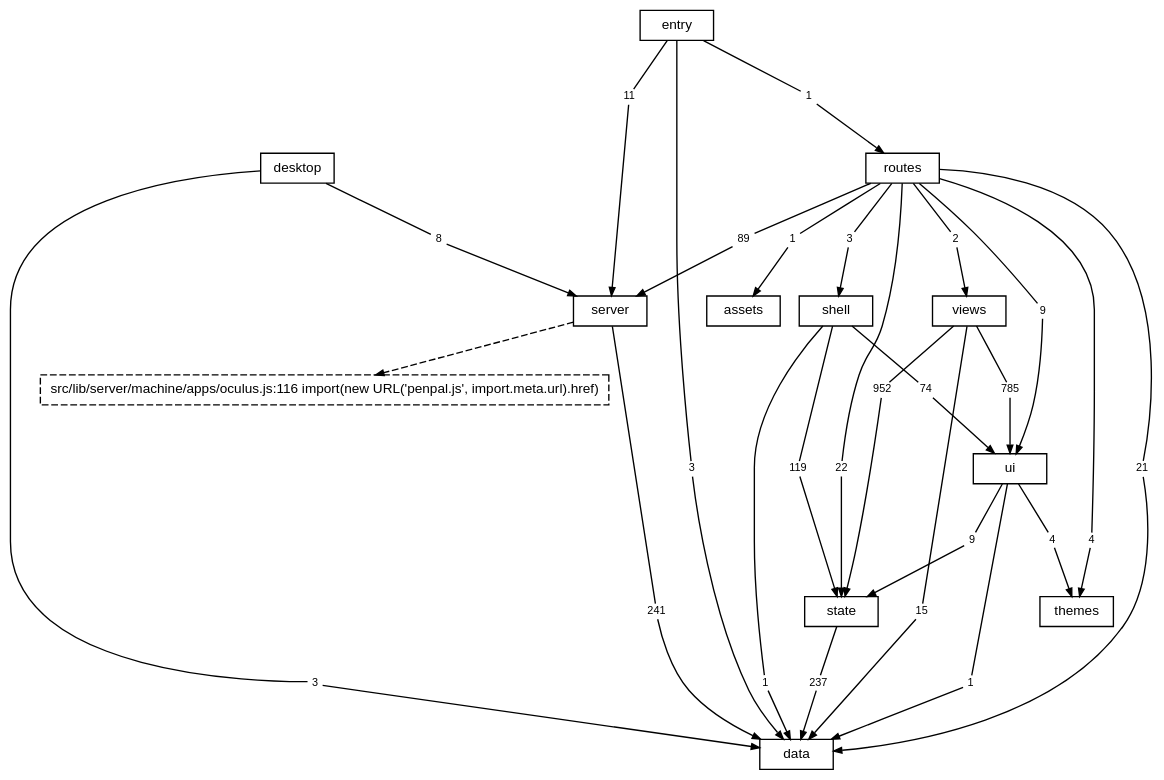
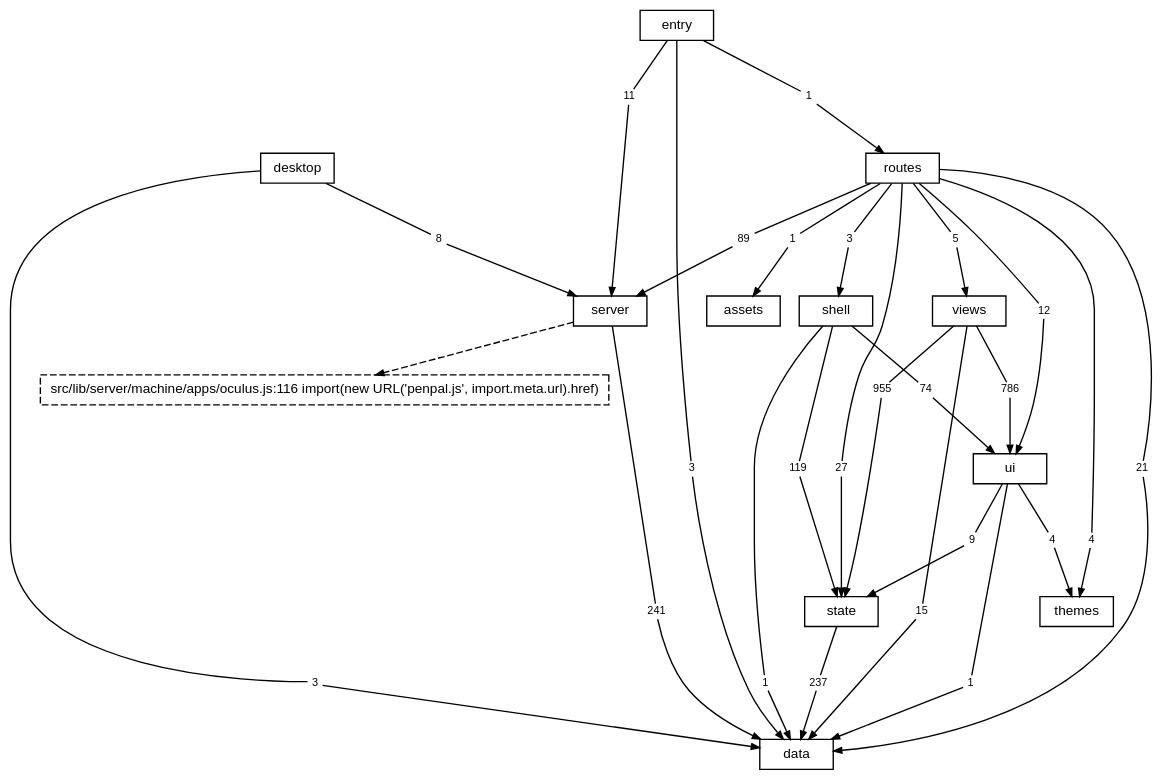
The diagram in docs/diagrams/layers.dot (TheAxeC/oculus), drawn with Graphviz before and after one commit. The commit also changed 37 other files, not shown here.

```diff
--- a/docs/diagrams/layers.dot
+++ b/docs/diagrams/layers.dot
@@ -1,90 +1,90 @@
 digraph layers {
     graph [bgcolor="transparent", rankdir=TB, newrank=true, fontname="Helvetica,Arial,sans-serif", fontsize=12, nodesep=0.2, ranksep=0.5];
     node [shape=box, color="black", fontcolor="black", fontname="Helvetica,Arial,sans-serif", fontsize=10, height=0.3, margin="0.12,0.04"];
     edge [color="black", fontcolor="black", fontname="Helvetica,Arial,sans-serif", fontsize=8, arrowsize=0.6];
     "data";
     "server";
     "state";
     "ui";
     "shell";
     "views";
     "themes";
     "routes";
     "desktop";
     "src" [label="entry"];
     "files: assets" [label="assets"];
     "? src/lib/server/machine/apps/oculus.js:116" [label="src/lib/server/machine/apps/oculus.js:116 import(new URL('penpal.js', import.meta.url).href)", style=dashed];
     "desktop to data" [label="3", shape=box, color="transparent", fontsize=8, width=0, height=0, margin="0.04,0.02"];
     "desktop" -> "desktop to data" [arrowhead=none];
     "desktop to data" -> "data" [];
     "desktop to server" [label="8", shape=box, color="transparent", fontsize=8, width=0, height=0, margin="0.04,0.02"];
     "desktop" -> "desktop to server" [arrowhead=none];
     "desktop to server" -> "server" [];
     "routes to data" [label="21", shape=box, color="transparent", fontsize=8, width=0, height=0, margin="0.04,0.02"];
     "routes" -> "routes to data" [arrowhead=none];
     "routes to data" -> "data" [];
     "routes to files: assets" [label="1", shape=box, color="transparent", fontsize=8, width=0, height=0, margin="0.04,0.02"];
     "routes" -> "routes to files: assets" [arrowhead=none];
     "routes to files: assets" -> "files: assets" [];
     "routes to server" [label="89", shape=box, color="transparent", fontsize=8, width=0, height=0, margin="0.04,0.02"];
     "routes" -> "routes to server" [arrowhead=none];
     "routes to server" -> "server" [];
     "routes to shell" [label="3", shape=box, color="transparent", fontsize=8, width=0, height=0, margin="0.04,0.02"];
     "routes" -> "routes to shell" [arrowhead=none];
     "routes to shell" -> "shell" [];
-    "routes to state" [label="22", shape=box, color="transparent", fontsize=8, width=0, height=0, margin="0.04,0.02"];
+    "routes to state" [label="27", shape=box, color="transparent", fontsize=8, width=0, height=0, margin="0.04,0.02"];
     "routes" -> "routes to state" [arrowhead=none];
     "routes to state" -> "state" [];
     "routes to themes" [label="4", shape=box, color="transparent", fontsize=8, width=0, height=0, margin="0.04,0.02"];
     "routes" -> "routes to themes" [arrowhead=none];
     "routes to themes" -> "themes" [];
-    "routes to ui" [label="9", shape=box, color="transparent", fontsize=8, width=0, height=0, margin="0.04,0.02"];
+    "routes to ui" [label="12", shape=box, color="transparent", fontsize=8, width=0, height=0, margin="0.04,0.02"];
     "routes" -> "routes to ui" [arrowhead=none];
     "routes to ui" -> "ui" [];
-    "routes to views" [label="2", shape=box, color="transparent", fontsize=8, width=0, height=0, margin="0.04,0.02"];
+    "routes to views" [label="5", shape=box, color="transparent", fontsize=8, width=0, height=0, margin="0.04,0.02"];
     "routes" -> "routes to views" [arrowhead=none];
     "routes to views" -> "views" [];
     "server to data" [label="241", shape=box, color="transparent", fontsize=8, width=0, height=0, margin="0.04,0.02"];
     "server" -> "server to data" [arrowhead=none];
     "server to data" -> "data" [];
     "shell to data" [label="1", shape=box, color="transparent", fontsize=8, width=0, height=0, margin="0.04,0.02"];
     "shell" -> "shell to data" [arrowhead=none];
     "shell to data" -> "data" [];
     "shell to state" [label="119", shape=box, color="transparent", fontsize=8, width=0, height=0, margin="0.04,0.02"];
     "shell" -> "shell to state" [arrowhead=none];
     "shell to state" -> "state" [];
     "shell to ui" [label="74", shape=box, color="transparent", fontsize=8, width=0, height=0, margin="0.04,0.02"];
     "shell" -> "shell to ui" [arrowhead=none];
     "shell to ui" -> "ui" [];
     "src to data" [label="3", shape=box, color="transparent", fontsize=8, width=0, height=0, margin="0.04,0.02"];
     "src" -> "src to data" [arrowhead=none];
     "src to data" -> "data" [];
     "src to routes" [label="1", shape=box, color="transparent", fontsize=8, width=0, height=0, margin="0.04,0.02"];
     "src" -> "src to routes" [arrowhead=none];
     "src to routes" -> "routes" [];
     "src to server" [label="11", shape=box, color="transparent", fontsize=8, width=0, height=0, margin="0.04,0.02"];
     "src" -> "src to server" [arrowhead=none];
     "src to server" -> "server" [];
     "state to data" [label="237", shape=box, color="transparent", fontsize=8, width=0, height=0, margin="0.04,0.02"];
     "state" -> "state to data" [arrowhead=none];
     "state to data" -> "data" [];
     "ui to data" [label="1", shape=box, color="transparent", fontsize=8, width=0, height=0, margin="0.04,0.02"];
     "ui" -> "ui to data" [arrowhead=none];
     "ui to data" -> "data" [];
     "ui to state" [label="9", shape=box, color="transparent", fontsize=8, width=0, height=0, margin="0.04,0.02"];
     "ui" -> "ui to state" [arrowhead=none];
     "ui to state" -> "state" [];
     "ui to themes" [label="4", shape=box, color="transparent", fontsize=8, width=0, height=0, margin="0.04,0.02"];
     "ui" -> "ui to themes" [arrowhead=none];
     "ui to themes" -> "themes" [];
     "views to data" [label="15", shape=box, color="transparent", fontsize=8, width=0, height=0, margin="0.04,0.02"];
     "views" -> "views to data" [arrowhead=none];
     "views to data" -> "data" [];
-    "views to state" [label="952", shape=box, color="transparent", fontsize=8, width=0, height=0, margin="0.04,0.02"];
+    "views to state" [label="955", shape=box, color="transparent", fontsize=8, width=0, height=0, margin="0.04,0.02"];
     "views" -> "views to state" [arrowhead=none];
     "views to state" -> "state" [];
-    "views to ui" [label="785", shape=box, color="transparent", fontsize=8, width=0, height=0, margin="0.04,0.02"];
+    "views to ui" [label="786", shape=box, color="transparent", fontsize=8, width=0, height=0, margin="0.04,0.02"];
     "views" -> "views to ui" [arrowhead=none];
     "views to ui" -> "ui" [];
     "server" -> "? src/lib/server/machine/apps/oculus.js:116" [style=dashed];
 }
```
